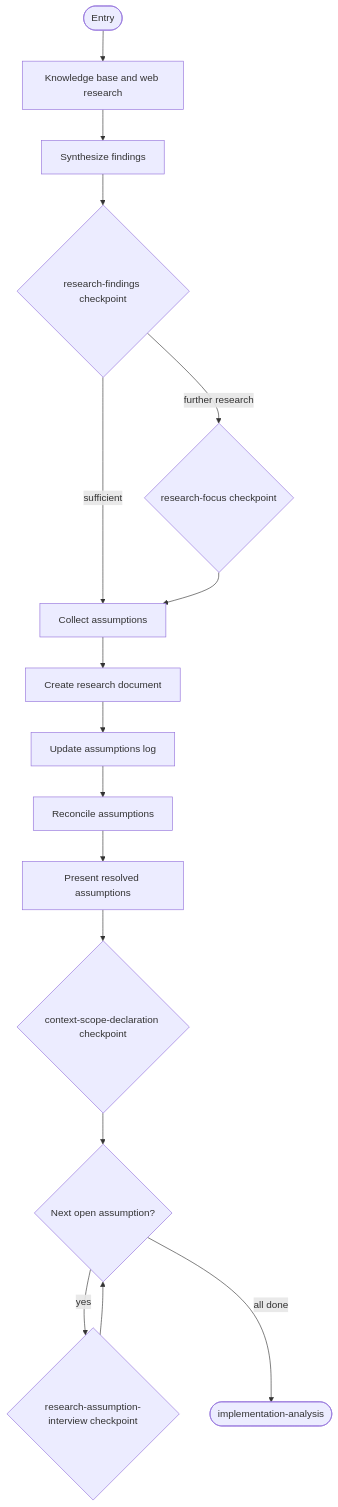
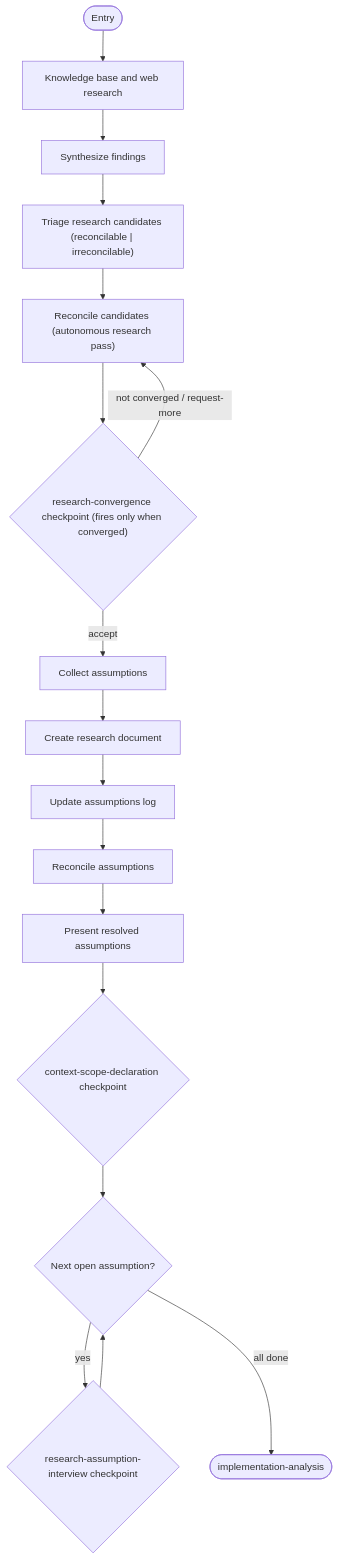
One commit to m2ux/workflow-server changed the fifth of 15 diagrams in work-package/activities/README.md. Above: the diagram before and after it, drawn with Mermaid. The commit also changed 6 other files, not shown here.

````diff
--- a/work-package/activities/README.md
+++ b/work-package/activities/README.md
@@ -156,19 +156,20 @@
 ```mermaid
 graph TD
     entryNode(["Entry"]) --> kbResearch["Knowledge base and web research"]
     kbResearch --> synthesize["Synthesize findings"]
-    synthesize --> cpFindings{"research-findings checkpoint"}
-    cpFindings -->|"sufficient"| collectAssumptions["Collect assumptions"]
-    cpFindings -->|"further research"| cpFocus{"research-focus checkpoint"}
-    cpFocus --> collectAssumptions
+    synthesize --> triageRes["Triage research candidates (reconcilable | irreconcilable)"]
+    triageRes --> reconcileRes["Reconcile candidates (autonomous research pass)"]
+    reconcileRes --> cpConverge{"research-convergence checkpoint (fires only when converged)"}
+    cpConverge -->|"not converged / request-more"| reconcileRes
+    cpConverge -->|"accept"| collectAssumptions["Collect assumptions"]
 
     collectAssumptions --> createDoc["Create research document"]
     createDoc --> updateLog["Update assumptions log"]
     updateLog --> reconcile["Reconcile assumptions"]
     reconcile --> presentResolved["Present resolved assumptions"]
     presentResolved --> cpScope{"context-scope-declaration checkpoint"}
     cpScope --> interviewLoop{"Next open assumption?"}
     interviewLoop -->|"yes"| cpInterview{"research-assumption-interview checkpoint"}
     cpInterview --> interviewLoop
     interviewLoop -->|"all done"| exitNode(["implementation-analysis"])
 ```
````
